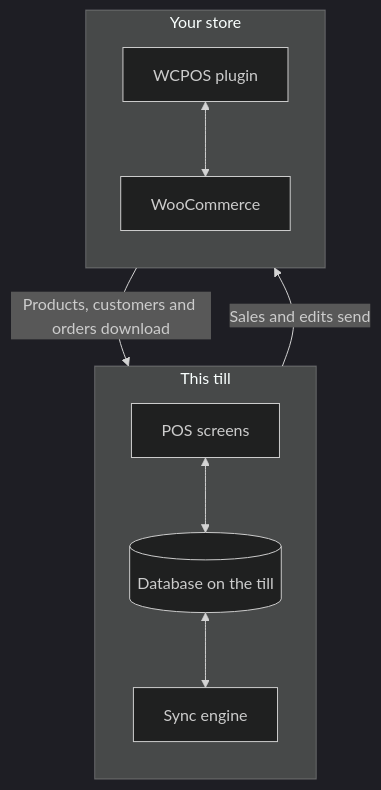
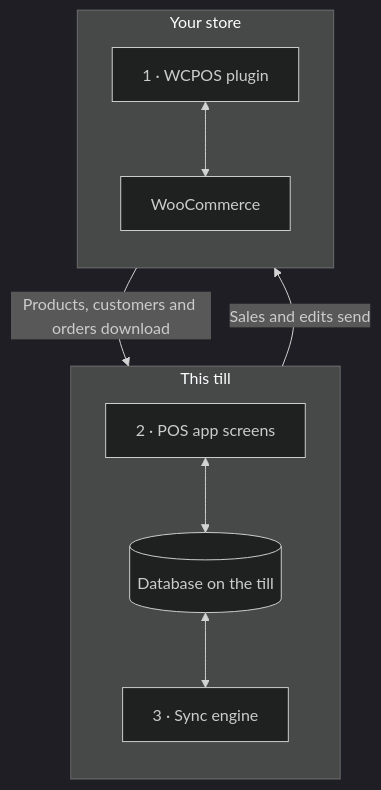
One commit to wcpos/docs changed the diagram in versioned_docs/version-2.x/reference/architecture.mdx. Above: the diagram before and after it, drawn with Mermaid (dark theme). The commit also changed other lines of this file, not shown here.

Commit message:
docs(2.x): Architecture r5: offline prerequisite as a warning, numbered diagram, record kinds as a plain list

````diff
--- a/versioned_docs/version-2.x/reference/architecture.mdx
+++ b/versioned_docs/version-2.x/reference/architecture.mdx
@@ -15,14 +15,14 @@
 ```mermaid
 flowchart TB
   subgraph till["This till"]
     direction TB
-    screens["POS screens"] <--> db[("Database on the till")]
-    db <--> engine["Sync engine"]
+    screens["2 · POS app screens"] <--> db[("Database on the till")]
+    db <--> engine["3 · Sync engine"]
   end
   subgraph site["Your store"]
     direction TB
-    plugin["WCPOS plugin"] <--> woo["WooCommerce"]
+    plugin["1 · WCPOS plugin"] <--> woo["WooCommerce"]
   end
   engine -->|"Sales and edits send"| plugin
   plugin -->|"Products, customers and orders download"| engine
 ```
````
